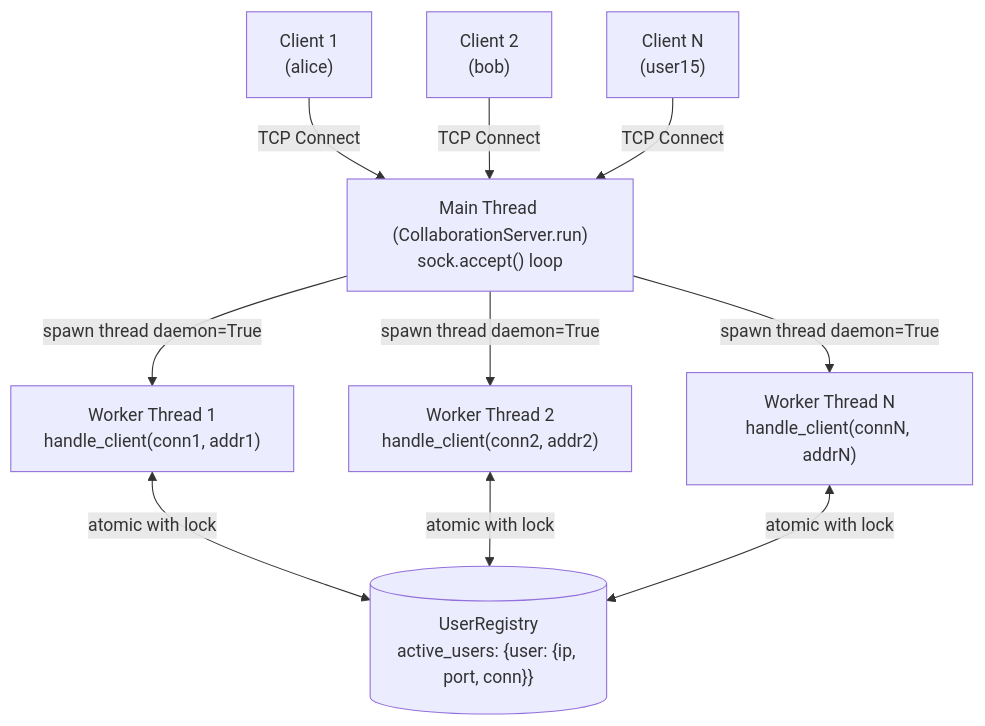
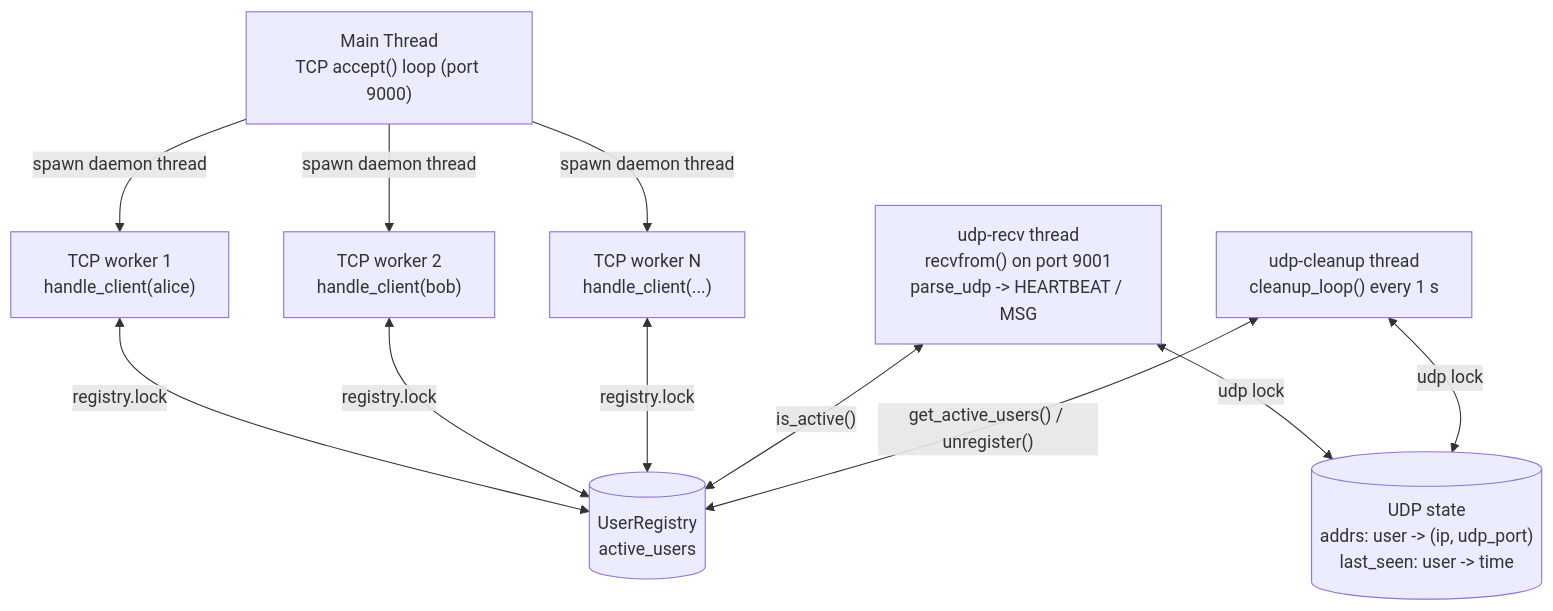
One commit to Smokiestfox/networking-app-assignment changed the second of 5 diagrams in docs/architecture.md. Above: the diagram before and after it, drawn with Mermaid. The commit also changed other lines of this file and 2 other files, not shown here.

Commit message:
feat(client): implement UDP chat, heartbeat, and demo messaging

````diff
--- a/docs/architecture.md
+++ b/docs/architecture.md
@@ -47,15 +63,19 @@
 ```mermaid
 flowchart TD
-    MainThread["Main Thread (CollaborationServer.run)\nsock.accept() loop"]
-    Client1["Client 1\n(alice)"] -->|TCP Connect| MainThread
-    Client2["Client 2\n(bob)"] -->|TCP Connect| MainThread
-    ClientN["Client N\n(user15)"] -->|TCP Connect| MainThread
+    Main["Main Thread<br/>TCP accept() loop (port 9000)"]
+    Main -->|"spawn daemon thread"| T1["TCP worker 1<br/>handle_client(alice)"]
+    Main -->|"spawn daemon thread"| T2["TCP worker 2<br/>handle_client(bob)"]
+    Main -->|"spawn daemon thread"| TN["TCP worker N<br/>handle_client(...)"]
 
-    MainThread -->|spawn thread daemon=True| T1["Worker Thread 1\nhandle_client(conn1, addr1)"]
-    MainThread -->|spawn thread daemon=True| T2["Worker Thread 2\nhandle_client(conn2, addr2)"]
-    MainThread -->|spawn thread daemon=True| TN["Worker Thread N\nhandle_client(connN, addrN)"]
+    RX["udp-recv thread<br/>recvfrom() on port 9001<br/>parse_udp -> HEARTBEAT / MSG"]
+    CL["udp-cleanup thread<br/>cleanup_loop() every 1 s"]
 
-    T1 <-->|atomic with lock| Registry[("UserRegistry\nactive_users: {user: {ip, port, conn}}")]
-    T2 <-->|atomic with lock| Registry
-    TN <-->|atomic with lock| Registry
+    T1 <-->|"registry.lock"| Reg[("UserRegistry<br/>active_users")]
+    T2 <-->|"registry.lock"| Reg
+    TN <-->|"registry.lock"| Reg
+    RX <-->|"is_active()"| Reg
+    CL <-->|"get_active_users() / unregister()"| Reg
+
+    RX <-->|"udp lock"| UState[("UDP state<br/>addrs: user -> (ip, udp_port)<br/>last_seen: user -> time")]
+    CL <-->|"udp lock"| UState
 ```
````
